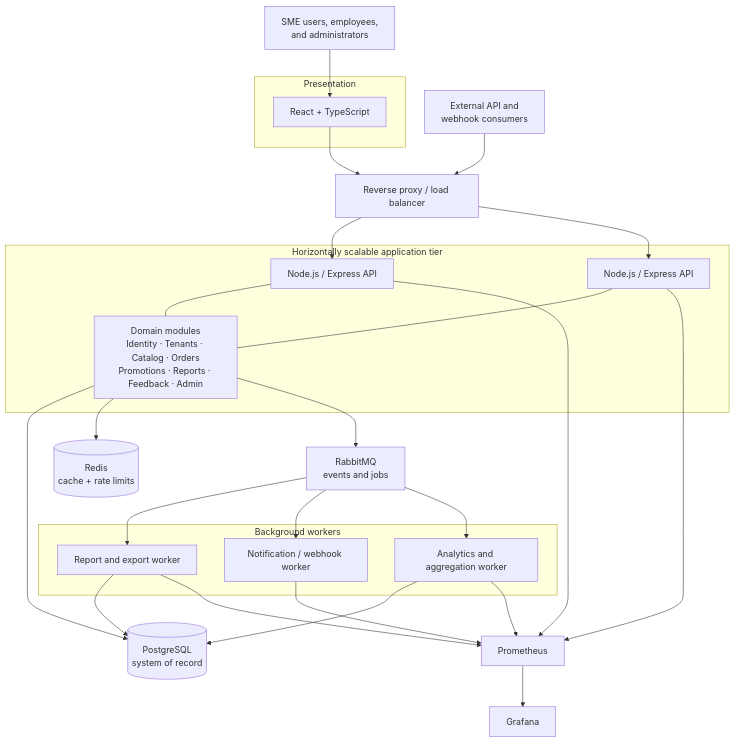
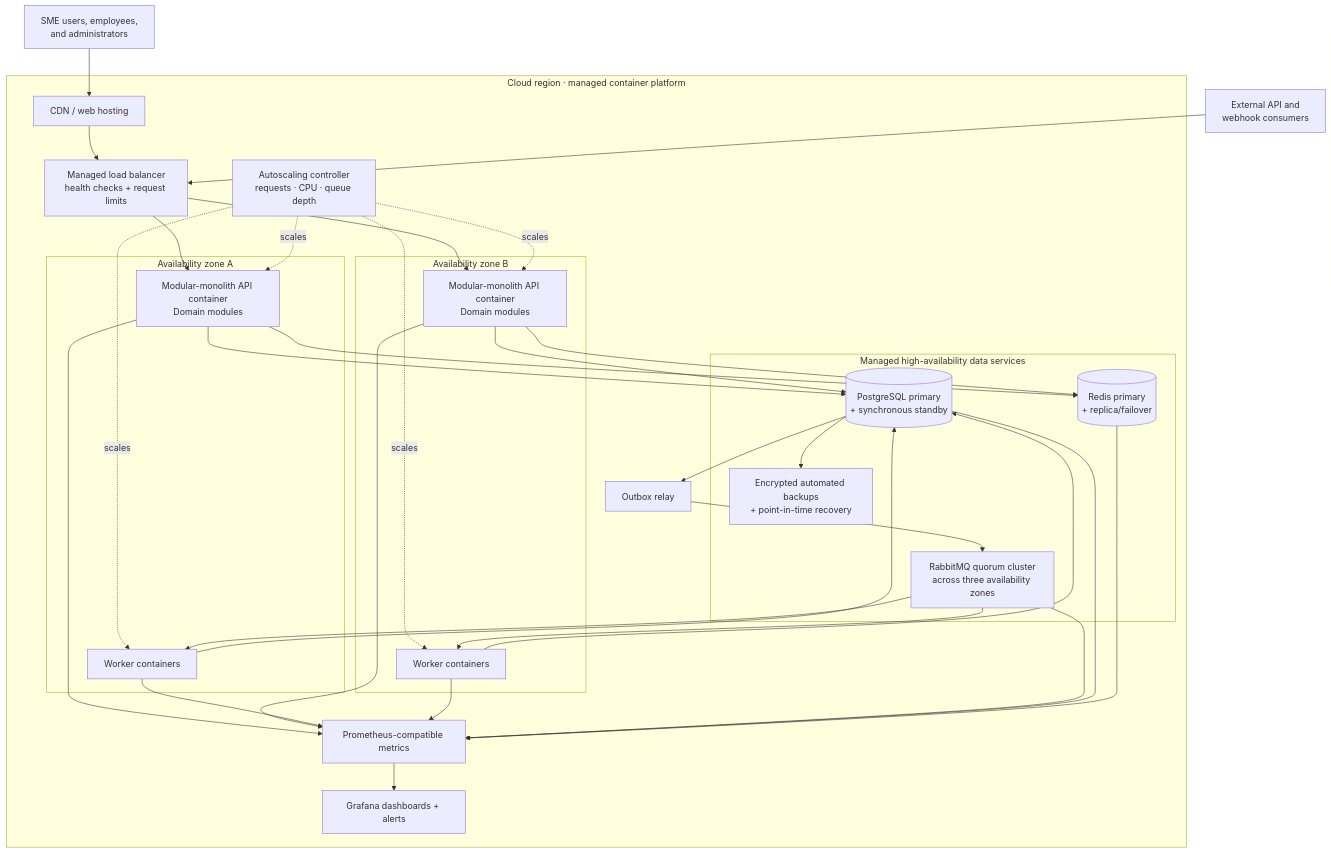
One commit to caelumregis/finmark changed the first of 2 diagrams in docs/proposed-architecture.md. Above: the diagram before and after it, drawn with Mermaid. The commit also changed other lines of this file and 6 other files, not shown here.

````diff
--- a/docs/proposed-architecture.md
+++ b/docs/proposed-architecture.md
@@ -9,51 +9,62 @@
 ```mermaid
 flowchart TB
     users["SME users, employees,<br/>and administrators"]
     external["External API and<br/>webhook consumers"]
-    proxy["Reverse proxy / load balancer"]
 
-    subgraph web["Presentation"]
-        react["React + TypeScript"]
+    subgraph cloud["Cloud region · managed container platform"]
+        edge["CDN / web hosting"]
+        proxy["Managed load balancer<br/>health checks + request limits"]
+
+        subgraph az1["Availability zone A"]
+            api1["Modular-monolith API container<br/>Domain modules"]
+            worker1["Worker containers"]
+        end
+
+        subgraph az2["Availability zone B"]
+            api2["Modular-monolith API container<br/>Domain modules"]
+            worker2["Worker containers"]
+        end
+
+        autoscale["Autoscaling controller<br/>requests · CPU · queue depth"]
+
+        subgraph data["Managed high-availability data services"]
+            postgres[("PostgreSQL primary<br/>+ synchronous standby")]
+            redis[("Redis primary<br/>+ replica/failover")]
+            rabbit["RabbitMQ quorum cluster<br/>across three availability zones"]
+            backups["Encrypted automated backups<br/>+ point-in-time recovery"]
+        end
+
+        outbox["Outbox relay"]
+        prometheus["Prometheus-compatible metrics"]
+        grafana["Grafana dashboards + alerts"]
     end
 
-    subgraph app["Horizontally scalable application tier"]
-        api1["Node.js / Express API"]
-        api2["Node.js / Express API"]
-        modules["Domain modules<br/>Identity · Tenants · Catalog · Orders<br/>Promotions · Reports · Feedback · Admin"]
-    end
-
-    redis[("Redis<br/>cache + rate limits")]
-    postgres[("PostgreSQL<br/>system of record")]
-    rabbit["RabbitMQ<br/>events and jobs"]
-
-    subgraph workers["Background workers"]
-        reports["Report and export worker"]
-        notify["Notification / webhook worker"]
-        analytics["Analytics and aggregation worker"]
-    end
-
-    prometheus["Prometheus"]
-    grafana["Grafana"]
-
-    users --> react
-    react --> proxy
+    users --> edge
+    edge --> proxy
     external --> proxy
     proxy --> api1
     proxy --> api2
-    api1 --- modules
-    api2 --- modules
-    modules --> postgres
-    modules --> redis
-    modules --> rabbit
-    rabbit --> reports
-    rabbit --> notify
-    rabbit --> analytics
-    reports --> postgres
-    analytics --> postgres
+    autoscale -. scales .-> api1
+    autoscale -. scales .-> api2
+    autoscale -. scales .-> worker1
+    autoscale -. scales .-> worker2
+    api1 --> postgres
+    api2 --> postgres
+    api1 --> redis
+    api2 --> redis
+    postgres --> backups
+    postgres --> outbox
+    outbox --> rabbit
+    rabbit --> worker1
+    rabbit --> worker2
+    worker1 --> postgres
+    worker2 --> postgres
     api1 --> prometheus
     api2 --> prometheus
-    reports --> prometheus
-    notify --> prometheus
-    analytics --> prometheus
+    worker1 --> prometheus
+    worker2 --> prometheus
+    rabbit --> prometheus
+    postgres --> prometheus
+    redis --> prometheus
     prometheus --> grafana
 ```
````
